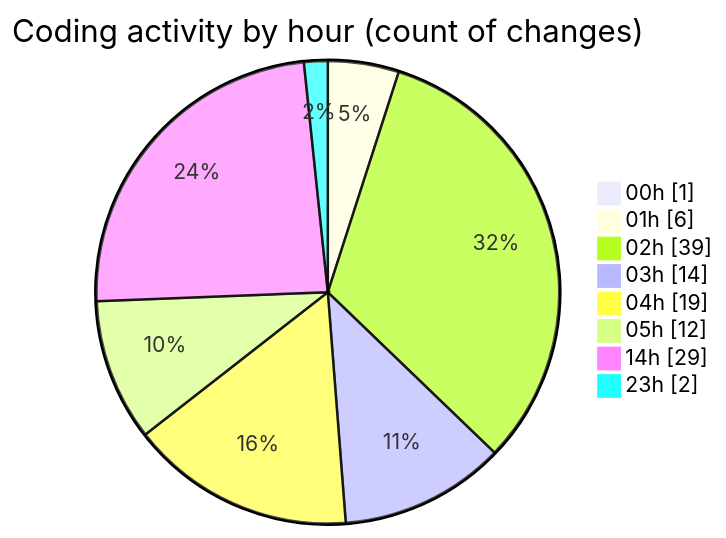
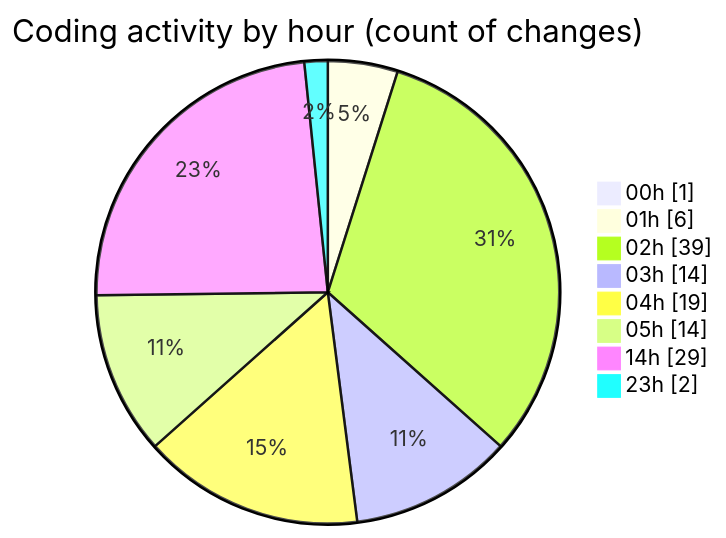
One commit to charlie-sans/code-tracking changed the second of 2 diagrams in 2025-02-19/masm/README.md. Above: the diagram before and after it, drawn with Mermaid. The commit also changed other lines of this file and 1 other file, not shown here.

````diff
--- a/2025-02-19/masm/README.md
+++ b/2025-02-19/masm/README.md
@@ -53,12 +53,12 @@
 ```mermaid
 pie showData
 title Coding activity by hour (count of changes)
 "00h" : 1
 "01h" : 6
 "02h" : 39
 "03h" : 14
 "04h" : 19
-"05h" : 12
+"05h" : 14
 "14h" : 29
 "23h" : 2
 ```
````
